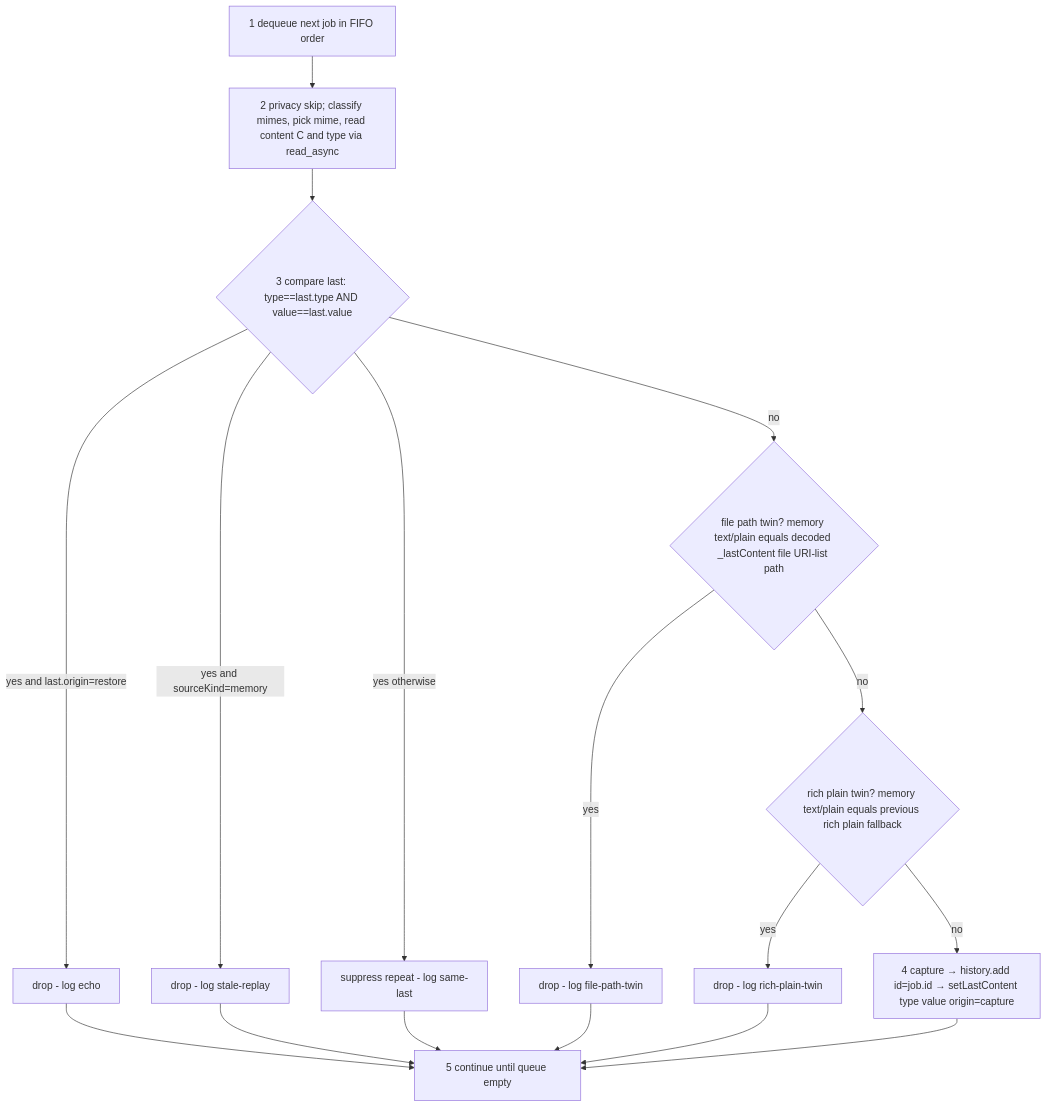
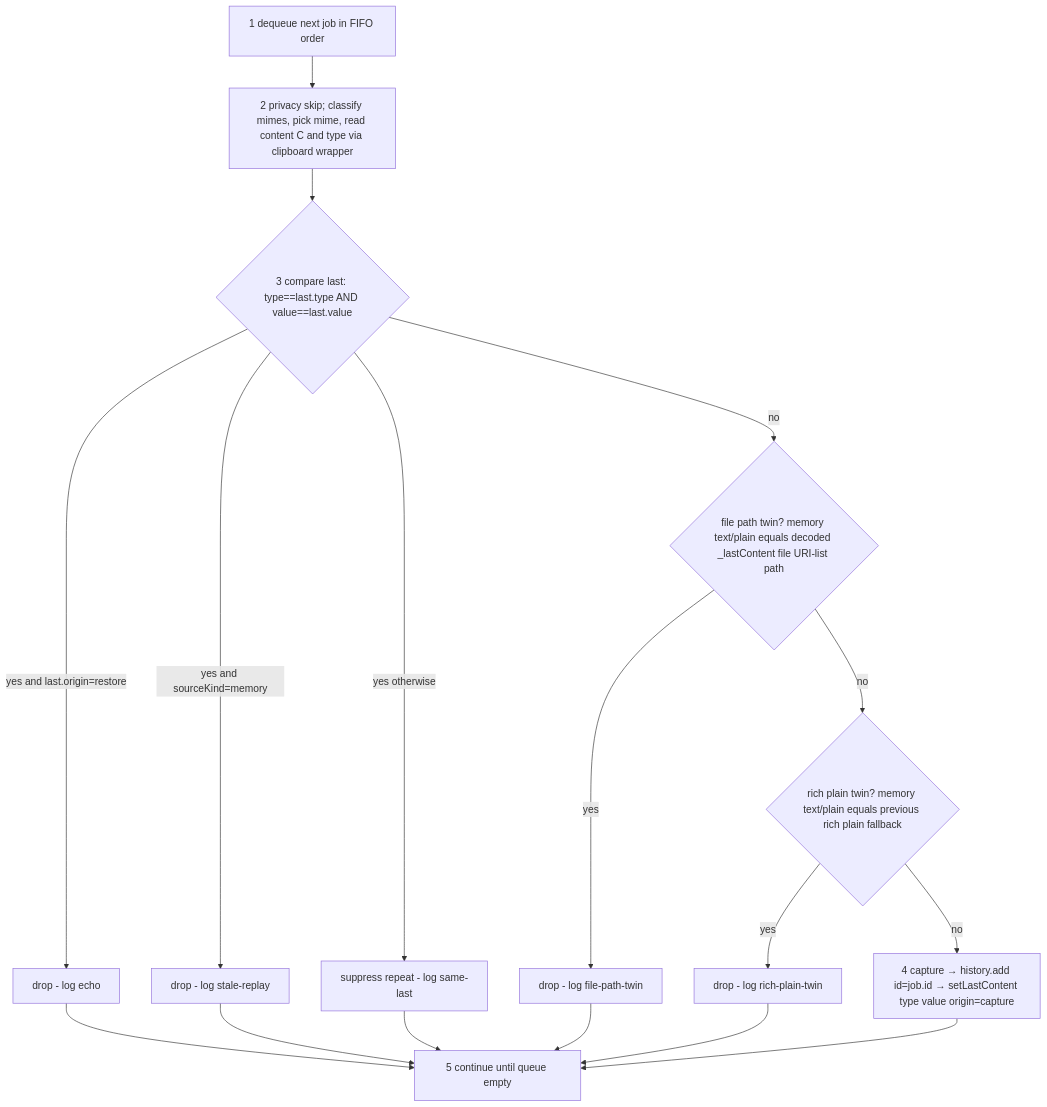
Before and after one commit to lumerix7/copy-gnome: the third of 3 diagrams in docs/03-clipboard/capture-pipeline.md, drawn with Mermaid. The commit also changed other lines of this file and 12 other files, not shown here.

First line of the commit message:
feat(clipboard,save): use clipboard wrapper and action notifications

````diff
--- a/docs/03-clipboard/capture-pipeline.md
+++ b/docs/03-clipboard/capture-pipeline.md
@@ -142,19 +144,19 @@
 ```mermaid
 flowchart TD
-    A["1 dequeue next job in FIFO order"] --> B["2 privacy skip; classify mimes, pick mime, read content C and type via read_async"]
+    A["1 dequeue next job in FIFO order"] --> B["2 privacy skip; classify mimes, pick mime, read content C and type via clipboard wrapper"]
     B --> C{"3 compare last: type==last.type AND value==last.value"}
     C -- "yes and last.origin=restore" --> X1["drop - log echo"]
     C -- "yes and sourceKind=memory" --> X2["drop - log stale-replay"]
     C -- "yes otherwise" --> X3["suppress repeat - log same-last"]
     C -- "no" --> D{"file path twin? memory text/plain equals decoded _lastContent file URI-list path"}
     D -- "yes" --> X4["drop - log file-path-twin"]
     D -- "no" --> E{"rich plain twin? memory text/plain equals previous rich plain fallback"}
     E -- "yes" --> X5["drop - log rich-plain-twin"]
     E -- "no" --> G["4 capture → history.add id=job.id → setLastContent type value origin=capture"]
     X1 --> H["5 continue until queue empty"]
     X2 --> H
     X3 --> H
     X4 --> H
     X5 --> H
     G --> H
 ```
````
